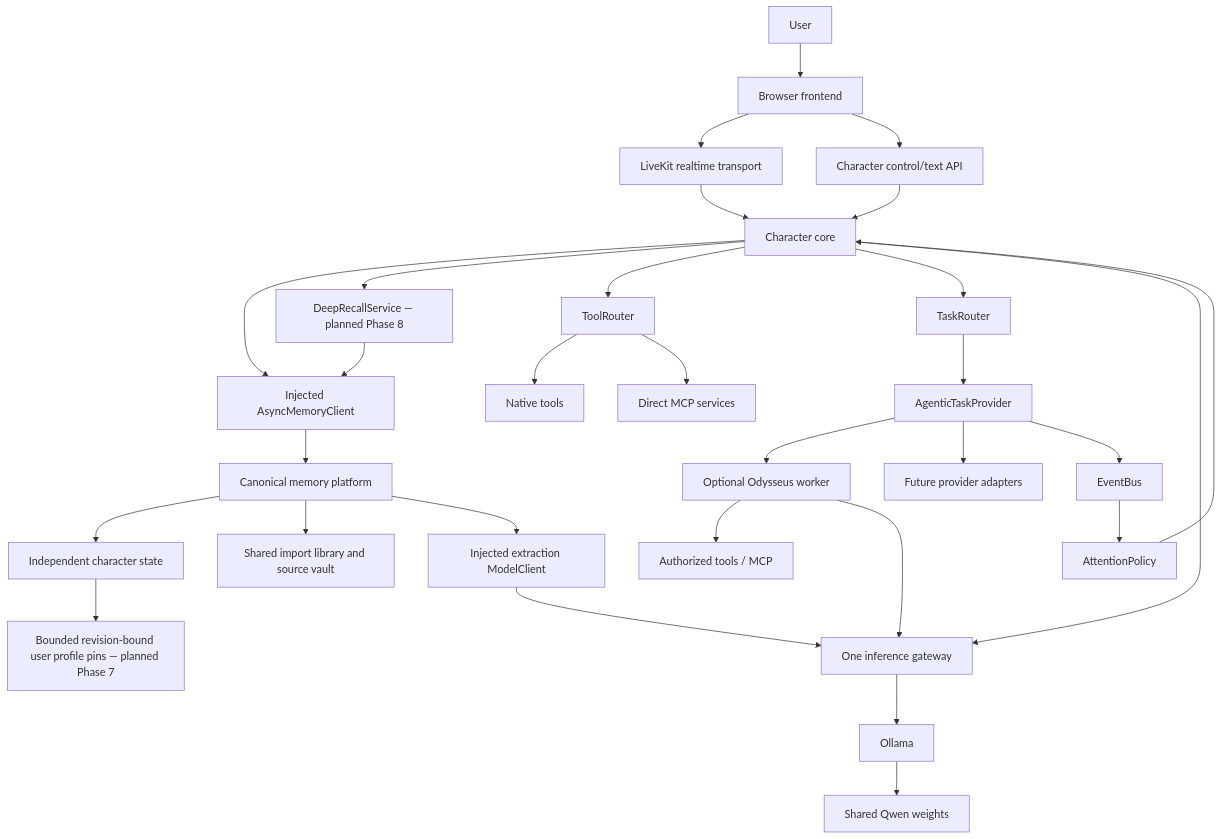
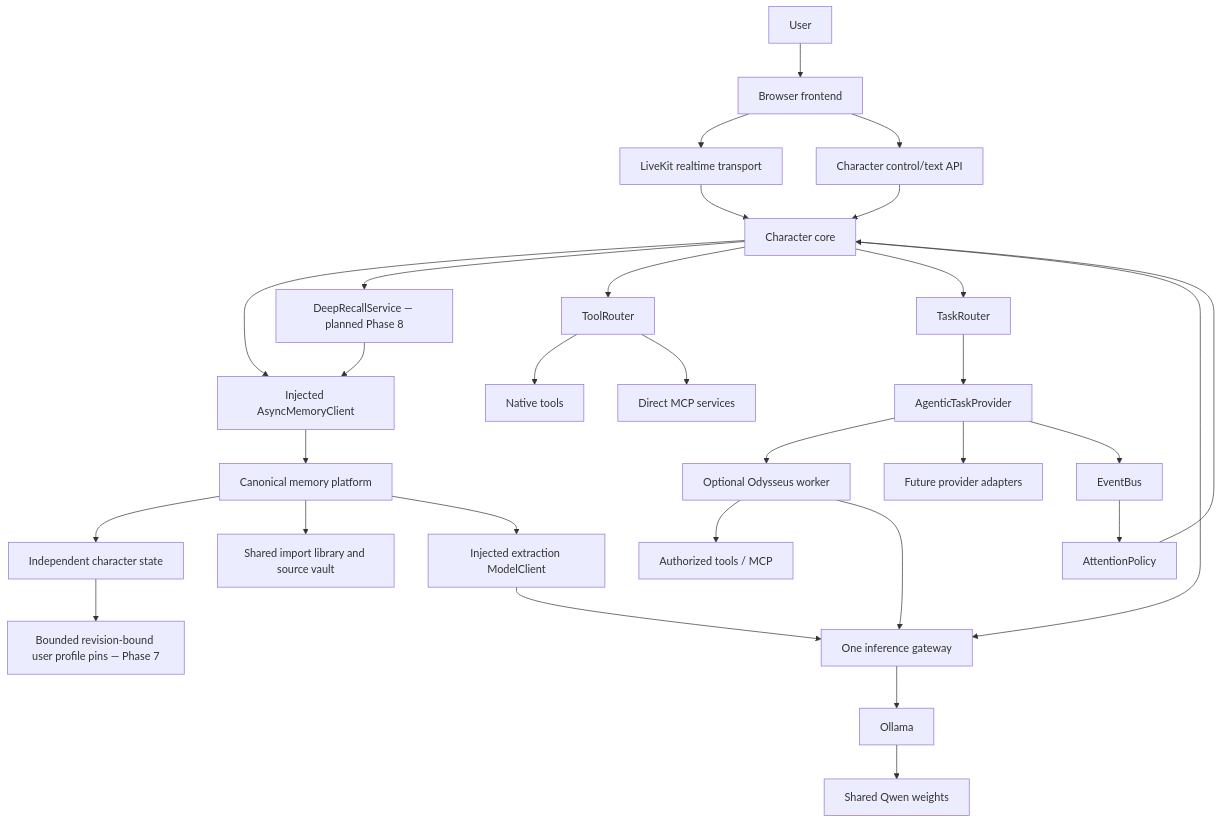
One commit to booinspace/ember changed the second of 4 diagrams in PLAN.md. Above: the diagram before and after it, drawn with Mermaid. The commit also changed other lines of this file and 80 other files, not shown here.

````diff
--- a/PLAN.md
+++ b/PLAN.md
@@ -112,37 +112,37 @@
 ```mermaid
 flowchart TD
     User["User"] --> Browser["Browser frontend"]
     Browser --> LiveKit["LiveKit realtime transport"]
     Browser --> API["Character control/text API"]
     LiveKit --> Core["Character core"]
     API --> Core
 
     Core --> MemoryClient["Injected AsyncMemoryClient"]
     Core --> DeepRecall["DeepRecallService — planned Phase 8"]
     DeepRecall --> MemoryClient
     MemoryClient --> Memory["Canonical memory platform"]
     Memory --> Private["Independent character state"]
-    Private --> Profile["Bounded revision-bound user profile pins — planned Phase 7"]
+    Private --> Profile["Bounded revision-bound user profile pins — Phase 7"]
     Memory --> Library["Shared import library and source vault"]
 
     Core --> Tools["ToolRouter"]
     Tools --> Native["Native tools"]
     Tools --> MCP["Direct MCP services"]
 
     Core --> Tasks["TaskRouter"]
     Tasks --> Provider["AgenticTaskProvider"]
     Provider --> Odysseus["Optional Odysseus worker"]
     Provider --> Future["Future provider adapters"]
 
     Odysseus --> WorkerTools["Authorized tools / MCP"]
     Provider --> Events["EventBus"]
     Events --> Attention["AttentionPolicy"]
     Attention --> Core
 
     Core --> Gateway["One inference gateway"]
     Odysseus --> Gateway
     Memory --> ExtractionClient["Injected extraction ModelClient"]
     ExtractionClient --> Gateway
     Gateway --> Ollama["Ollama"]
     Ollama --> Qwen["Shared Qwen weights"]
 ```
````
